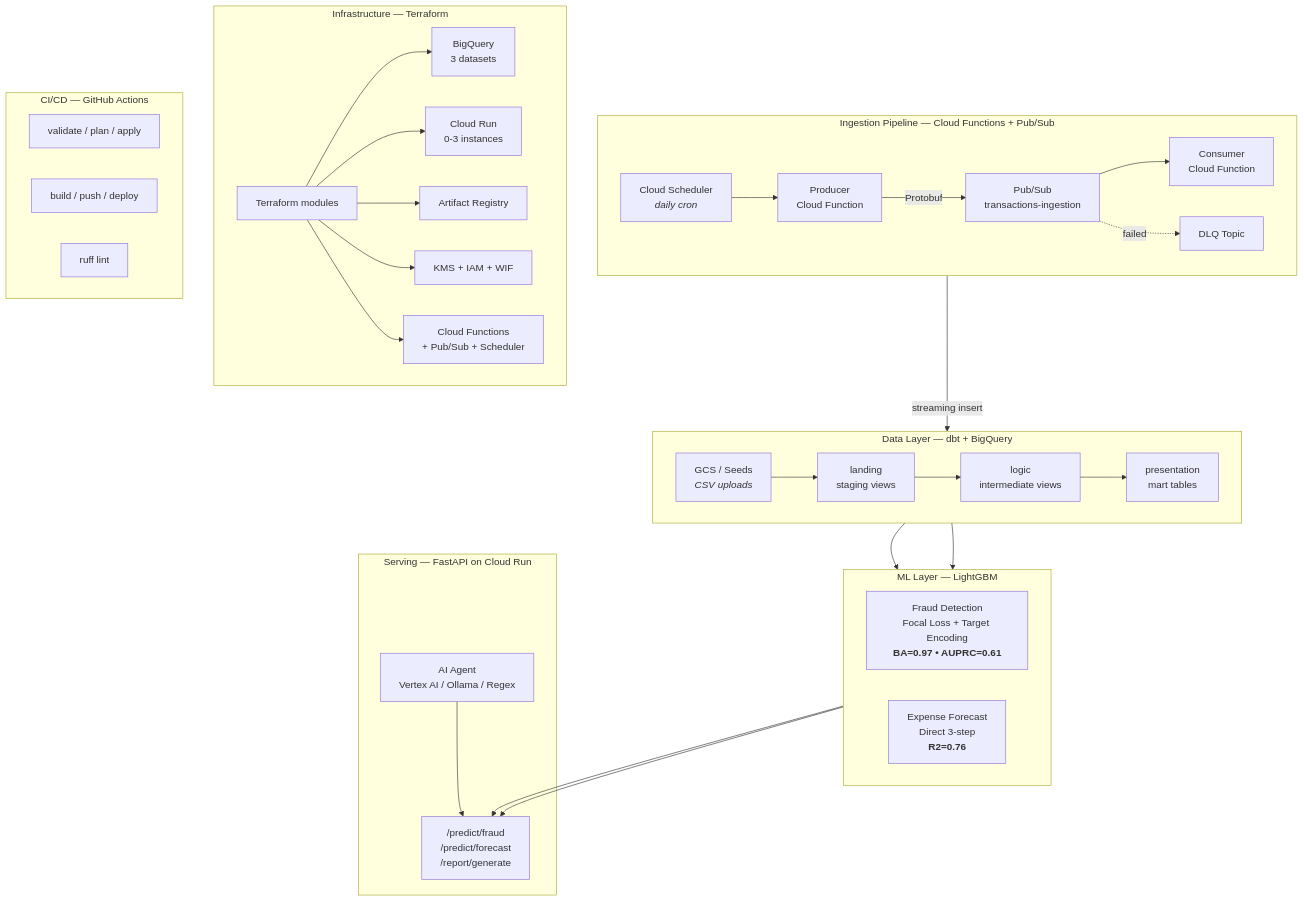
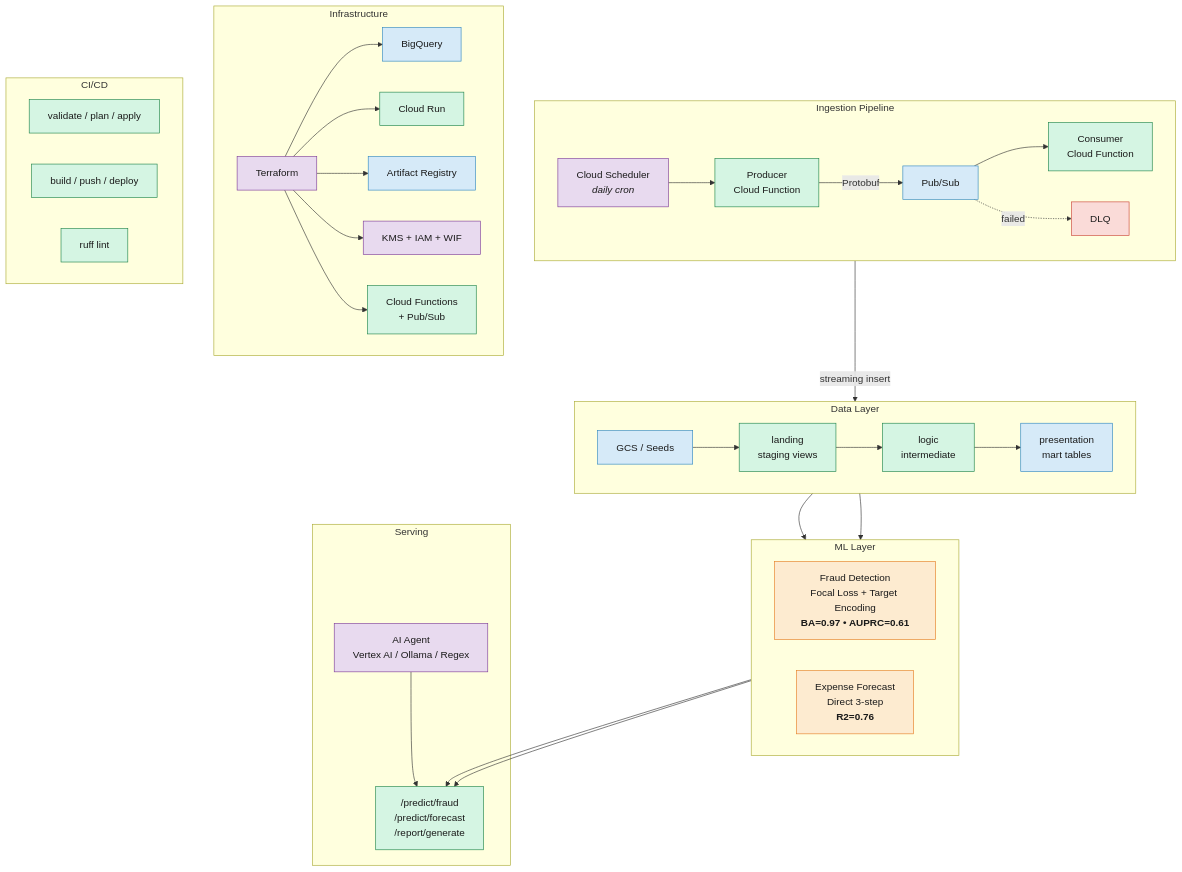
The diagram in README.md (mponsclo/caixabank-data-ai-hackathon), drawn with Mermaid before and after one commit. The commit also changed other lines of this file, not shown here.

Commit message:
Final README review: fix broken link, color diagram, add notebooks, clean dashes
Fix docs/transformation.md link to docs/2-transformation.md. Color
Mermaid diagram with 5-class palette (storage, compute, ml, infra,
error). Remove &mdash; from subgraph titles for cleaner rendering.
Add notebooks line linking EDA and model results notebooks. Link
to sample agent report PDF. Fix all -- to proper punctuation. Add
reports/ to project structure tree. Remove Production Roadmap section
(data ingestion is now implemented).

````diff
--- a/README.md
+++ b/README.md
@@ -46,51 +48,57 @@
 ```mermaid
 graph TB
-  subgraph Ingestion["Ingestion Pipeline &mdash; Cloud Functions + Pub/Sub"]
+  subgraph Ingestion["Ingestion Pipeline"]
     direction LR
-    Scheduler["Cloud Scheduler<br/><i>daily cron</i>"] --> Producer["Producer<br/>Cloud Function"]
-    Producer -->|Protobuf| PubSub["Pub/Sub<br/>transactions-ingestion"]
-    PubSub --> Consumer["Consumer<br/>Cloud Function"]
-    PubSub -.->|failed| DLQ["DLQ Topic"]
+    Scheduler["Cloud Scheduler<br/><i>daily cron</i>"]:::infra --> Producer["Producer<br/>Cloud Function"]:::compute
+    Producer -->|Protobuf| PubSub["Pub/Sub"]:::storage
+    PubSub --> Consumer["Consumer<br/>Cloud Function"]:::compute
+    PubSub -.->|failed| DLQ["DLQ"]:::error
   end
 
-  subgraph Data["Data Layer &mdash; dbt + BigQuery"]
+  subgraph Data["Data Layer"]
     direction LR
-    GCS["GCS / Seeds<br/><i>CSV uploads</i>"] --> Landing["landing<br/>staging views"]
-    Landing --> Logic["logic<br/>intermediate views"]
-    Logic --> Marts["presentation<br/>mart tables"]
+    GCS["GCS / Seeds"]:::storage --> Landing["landing<br/>staging views"]:::compute
+    Landing --> Logic["logic<br/>intermediate"]:::compute
+    Logic --> Marts["presentation<br/>mart tables"]:::storage
   end
 
-  subgraph ML["ML Layer &mdash; LightGBM"]
+  subgraph ML["ML Layer"]
     direction LR
-    Fraud["Fraud Detection<br/>Focal Loss + Target Encoding<br/><b>BA=0.97 &bull; AUPRC=0.61</b>"]
-    Forecast["Expense Forecast<br/>Direct 3-step<br/><b>R2=0.76</b>"]
+    Fraud["Fraud Detection<br/>Focal Loss + Target Encoding<br/><b>BA=0.97 &bull; AUPRC=0.61</b>"]:::ml
+    Forecast["Expense Forecast<br/>Direct 3-step<br/><b>R2=0.76</b>"]:::ml
   end
 
-  subgraph Serving["Serving &mdash; FastAPI on Cloud Run"]
-    API["/predict/fraud<br/>/predict/forecast<br/>/report/generate"]
-    Agent["AI Agent<br/>Vertex AI / Ollama / Regex"]
+  subgraph Serving["Serving"]
+    API["/predict/fraud<br/>/predict/forecast<br/>/report/generate"]:::compute
+    Agent["AI Agent<br/>Vertex AI / Ollama / Regex"]:::infra
   end
 
-  subgraph Infra["Infrastructure &mdash; Terraform"]
+  subgraph Infra["Infrastructure"]
     direction LR
-    TF["Terraform modules"] --> BQ["BigQuery<br/>3 datasets"]
-    TF --> CR["Cloud Run<br/>0-3 instances"]
-    TF --> AR["Artifact Registry"]
-    TF --> KMS["KMS + IAM + WIF"]
-    TF --> FN["Cloud Functions<br/>+ Pub/Sub + Scheduler"]
+    TF["Terraform"]:::infra --> BQ["BigQuery"]:::storage
+    TF --> CR["Cloud Run"]:::compute
+    TF --> AR["Artifact Registry"]:::storage
+    TF --> KMS["KMS + IAM + WIF"]:::infra
+    TF --> FN["Cloud Functions<br/>+ Pub/Sub"]:::compute
   end
 
-  subgraph CICD["CI/CD &mdash; GitHub Actions"]
+  subgraph CICD["CI/CD"]
     direction LR
-    TFW["validate / plan / apply"]
-    Docker["build / push / deploy"]
-    Lint["ruff lint"]
+    TFW["validate / plan / apply"]:::compute
+    Docker["build / push / deploy"]:::compute
+    Lint["ruff lint"]:::compute
   end
 
   Consumer -->|streaming insert| Landing
   Marts --> Fraud
   Marts --> Forecast
   Fraud --> API
   Forecast --> API
   Agent --> API
+
+  classDef storage fill:#d6eaf8,stroke:#2e86c1,color:#1a1a1a
+  classDef compute fill:#d5f5e3,stroke:#1e8449,color:#1a1a1a
+  classDef ml fill:#fdebd0,stroke:#e67e22,color:#1a1a1a
+  classDef infra fill:#e8daef,stroke:#7d3c98,color:#1a1a1a
+  classDef error fill:#fadbd8,stroke:#cb4335,color:#1a1a1a
 ```
````
